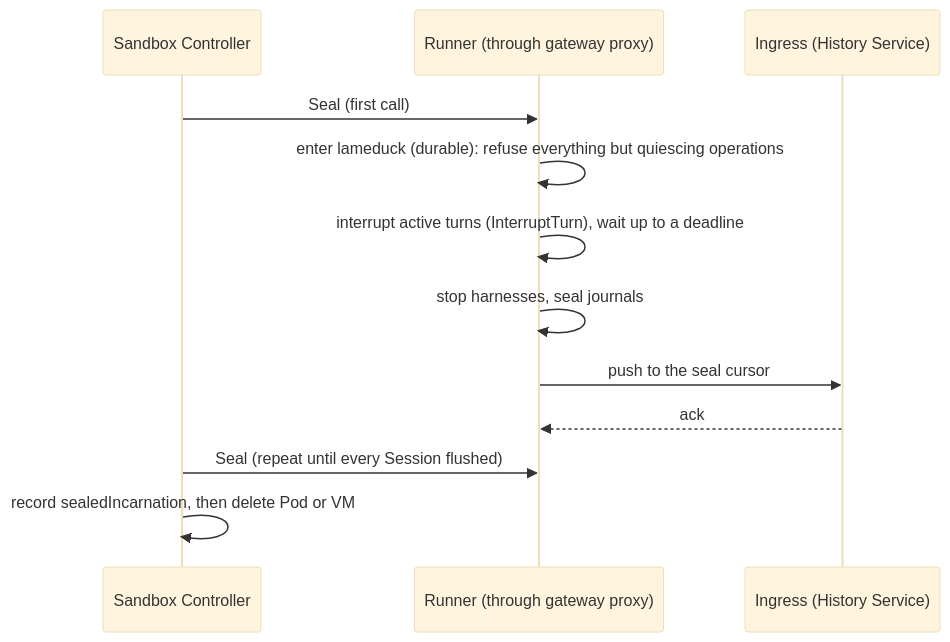
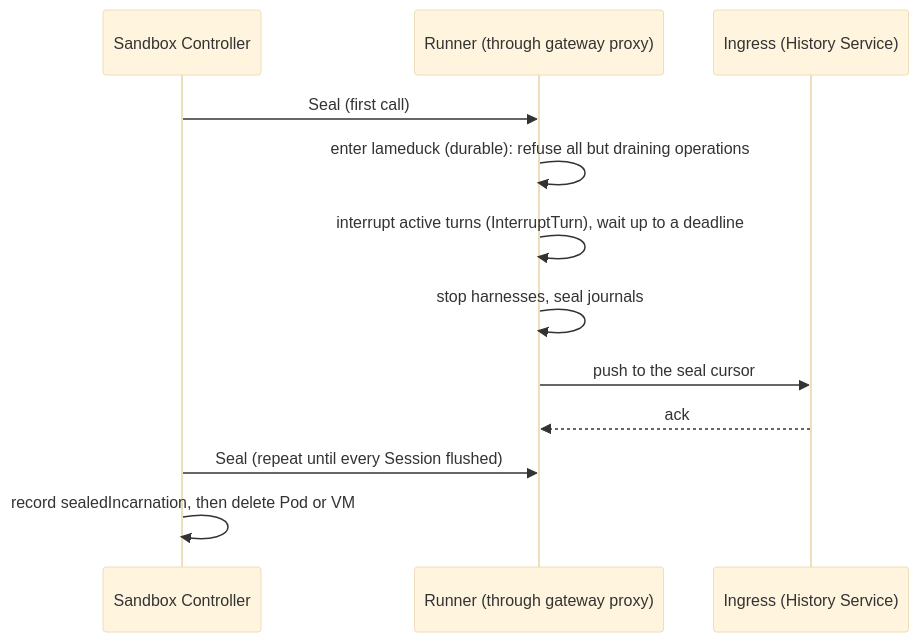
Before and after one commit to agentydragon/ducktape: the second of 3 diagrams in agentplane/docs/adr_sandbox_session_control.md, drawn with Mermaid (base theme). The commit also changed other lines of this file, not shown here.

````diff
--- a/agentplane/docs/adr_sandbox_session_control.md
+++ b/agentplane/docs/adr_sandbox_session_control.md
@@ -190,14 +190,14 @@
 ```mermaid
 sequenceDiagram
     participant C as Sandbox Controller
     participant R as Runner (through gateway proxy)
     participant I as Ingress (History Service)
     C->>R: Seal (first call)
-    R->>R: enter lameduck (durable): refuse everything but quiescing operations
+    R->>R: enter lameduck (durable): refuse all but draining operations
     R->>R: interrupt active turns (InterruptTurn), wait up to a deadline
     R->>R: stop harnesses, seal journals
     R->>I: push to the seal cursor
     I-->>R: ack
     C->>R: Seal (repeat until every Session flushed)
     C->>C: record sealedIncarnation, then delete Pod or VM
 ```
````
